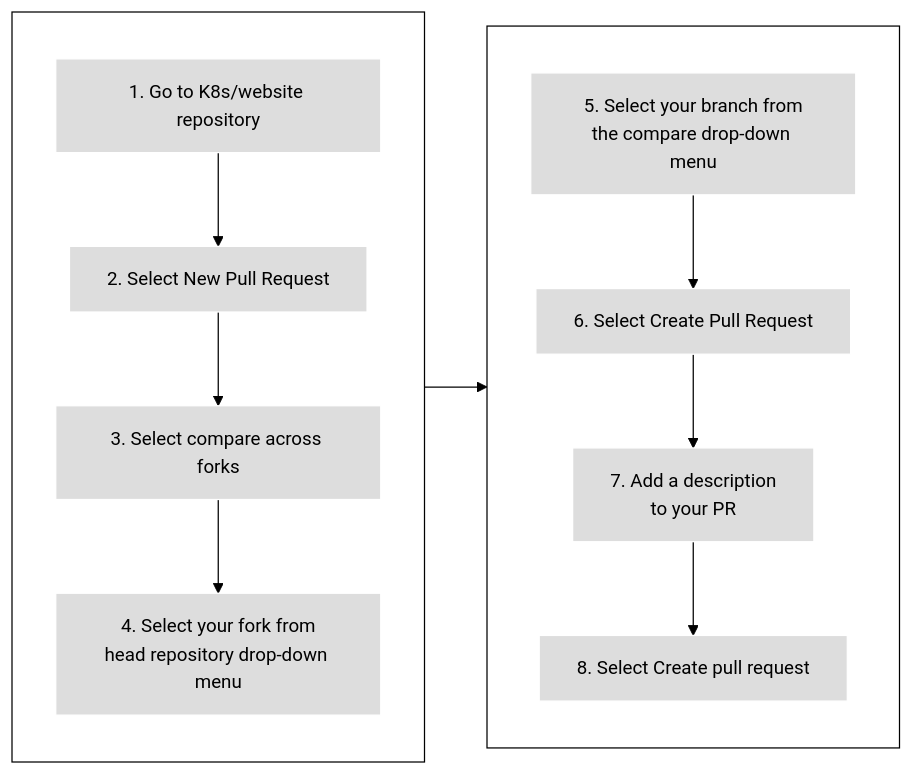
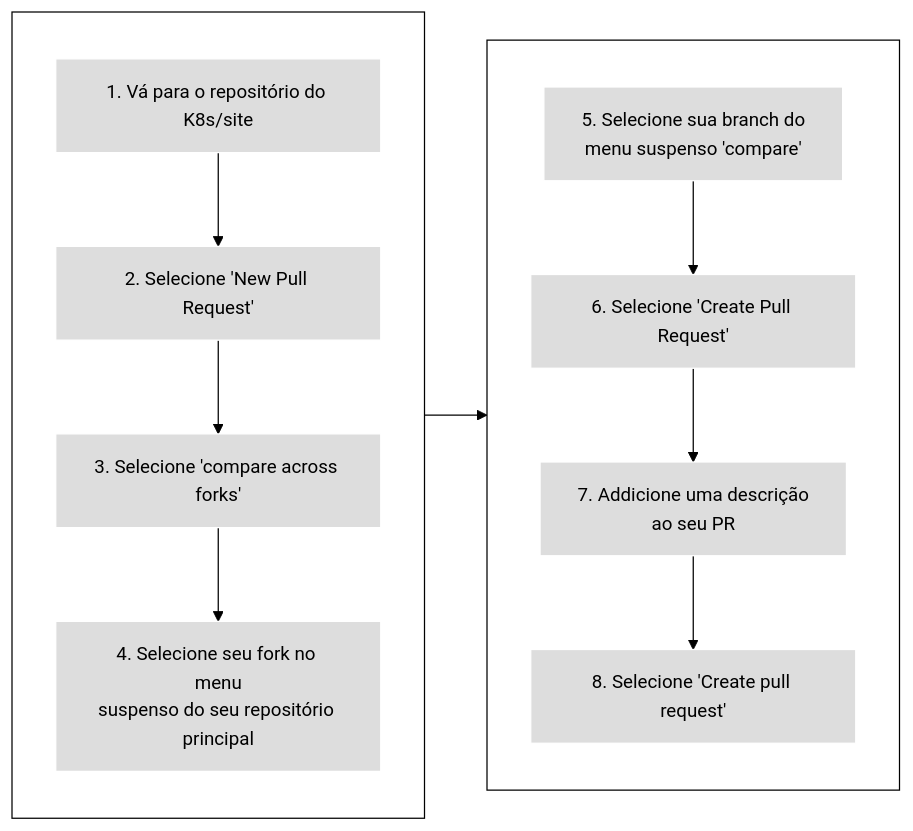
Before and after one commit to juliafmorgado/website: the third of 3 diagrams in content/pt-br/docs/contribute/new-content/open-a-pr.md, drawn with Mermaid (forest theme). The commit also changed other lines of this file, not shown here.

```diff
--- a/content/pt-br/docs/contribute/new-content/open-a-pr.md
+++ b/content/pt-br/docs/contribute/new-content/open-a-pr.md
@@ -366,22 +356,22 @@
 {{< mermaid >}}
 flowchart LR
 subgraph first[ ]
 direction TB
-1[1. Go to K8s/website repository] --> 2[2. Select New Pull Request]
-2 --> 3[3. Select compare across forks]
-3 --> 4[4. Select your fork from<br>head repository drop-down menu]
+1[1. Vá para o repositório do K8s/site] --> 2[2. Selecione 'New Pull Request']
+2 --> 3[3. Selecione 'compare across forks']
+3 --> 4[4. Selecione seu fork no menu<br>suspenso do seu repositório principal]
 end
 subgraph second [ ]
 direction TB
-5[5. Select your branch from<br>the compare drop-down menu] --> 6[6. Select Create Pull Request]
-6 --> 7[7. Add a description<br>to your PR]
-7 --> 8[8. Select Create pull request]
+5[5. Selecione sua branch do<br> menu suspenso 'compare'] --> 6[6. Selecione 'Create Pull Request']
+6 --> 7[7. Addicione uma descrição<br>ao seu PR]
+7 --> 8[8. Selecione 'Create pull request']
 end
 
 first --> second
 
 classDef grey fill:#dddddd,stroke:#ffffff,stroke-width:px,color:#000000, font-size:15px;
 classDef white fill:#ffffff,stroke:#000,stroke-width:px,color:#000,font-weight:bold
 class 1,2,3,4,5,6,7,8 grey
 class first,second white
 {{</ mermaid >}}
```
